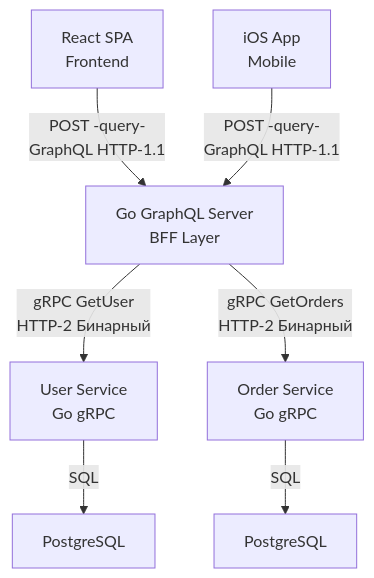
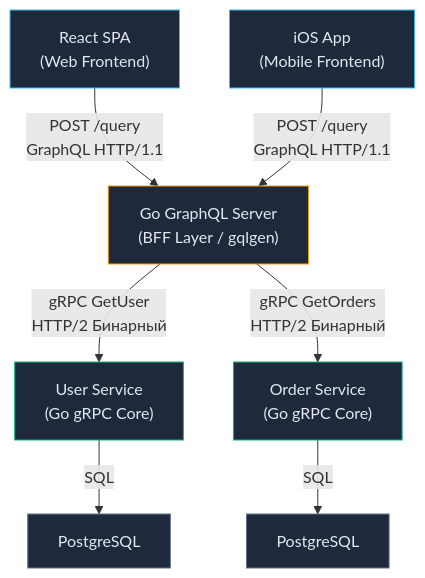
Before and after one commit to UnrealTemplier/go-textbook: the first of 2 diagrams in sources/10. Проектирование API и Сетевые протоколы/21. Когда использовать GraphQL.md, drawn with Mermaid. The commit also changed other lines of this file, not shown here.

````diff
--- a/sources/10. Проектирование API и Сетевые протоколы/21. Когда использовать GraphQL.md
+++ b/sources/10. Проектирование API и Сетевые протоколы/21. Когда использовать GraphQL.md
@@ -17,11 +28,20 @@
 ```mermaid
 flowchart TD
-    SPA["React SPA<br>Frontend"]-->|"POST -query- <br>GraphQL HTTP-1.1"| BFF["Go GraphQL Server<br>BFF Layer"]
-    iOS["iOS App<br>Mobile"]-->|"POST -query- <br>GraphQL HTTP-1.1"| BFF
+    SPA["React SPA<br>(Web Frontend)"] -->|"POST /query<br>GraphQL HTTP/1.1"| BFF["Go GraphQL Server<br>(BFF Layer / gqlgen)"]
+    iOS["iOS App<br>(Mobile Frontend)"] -->|"POST /query<br>GraphQL HTTP/1.1"| BFF
     
-    BFF-->|"gRPC GetUser<br>HTTP-2 Бинарный"| UserSvc["User Service<br>Go gRPC"]
-    BFF-->|"gRPC GetOrders<br>HTTP-2 Бинарный"| OrderSvc["Order Service<br>Go gRPC"]
+    BFF -->|"gRPC GetUser<br>HTTP/2 Бинарный"| UserSvc["User Service<br>(Go gRPC Core)"]
+    BFF -->|"gRPC GetOrders<br>HTTP/2 Бинарный"| OrderSvc["Order Service<br>(Go gRPC Core)"]
     
-    UserSvc-->|"SQL"| DB1["PostgreSQL"]
-    OrderSvc-->|"SQL"| DB2["PostgreSQL"]
+    UserSvc -->|"SQL"| DB1["PostgreSQL"]
+    OrderSvc -->|"SQL"| DB2["PostgreSQL"]
+
+    classDef cli fill:#1e293b,stroke:#38bdf8,stroke-width:1px,color:#e2e8f0;
+    classDef bff fill:#1e293b,stroke:#f59e0b,stroke-width:1px,color:#e2e8f0;
+    classDef srv fill:#1e293b,stroke:#10b981,stroke-width:1px,color:#e2e8f0;
+    classDef db fill:#1e293b,stroke:#64748b,stroke-width:1px,color:#e2e8f0;
+    class SPA,iOS cli;
+    class BFF bff;
+    class UserSvc,OrderSvc srv;
+    class DB1,DB2 db;
 ```
````
